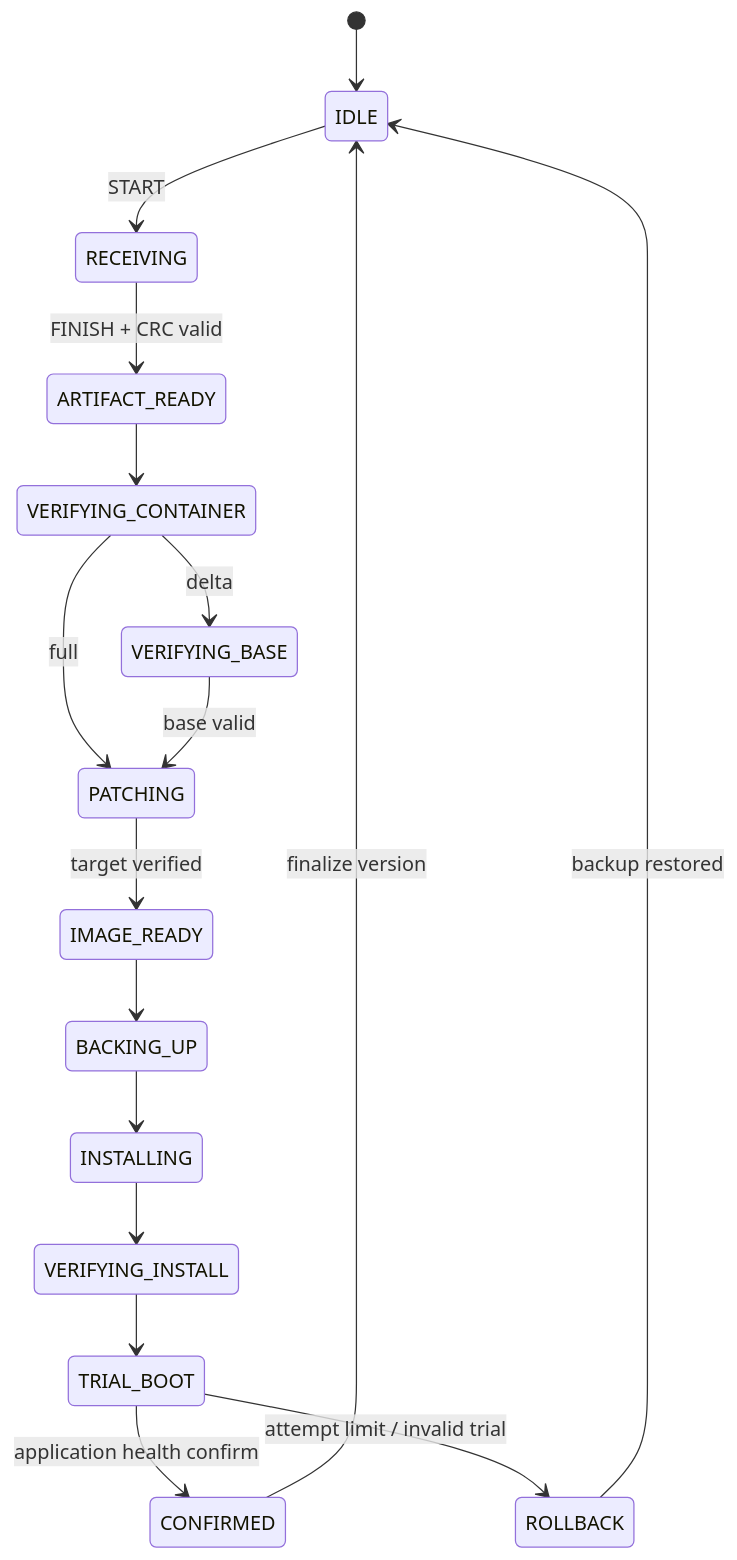
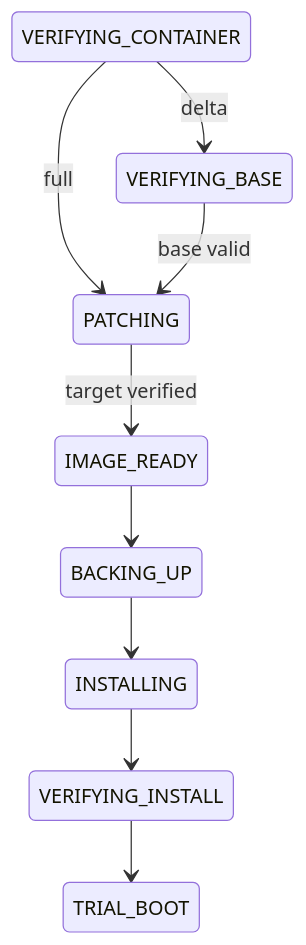
One commit to haikevins/secure-delta-ota-bootloader changed the second of 3 diagrams in docs/boot-state-machine.md. Above: the diagram before and after it, drawn with Mermaid. The commit also changed other lines of this file and 8 other files, not shown here.

````diff
--- a/docs/boot-state-machine.md
+++ b/docs/boot-state-machine.md
@@ -101,19 +116,12 @@
 ```mermaid
 stateDiagram-v2
-    [*] --> IDLE
-    IDLE --> RECEIVING: START
-    RECEIVING --> ARTIFACT_READY: FINISH + CRC valid
-    ARTIFACT_READY --> VERIFYING_CONTAINER
+    direction TB
     VERIFYING_CONTAINER --> VERIFYING_BASE: delta
     VERIFYING_CONTAINER --> PATCHING: full
     VERIFYING_BASE --> PATCHING: base valid
     PATCHING --> IMAGE_READY: target verified
     IMAGE_READY --> BACKING_UP
     BACKING_UP --> INSTALLING
     INSTALLING --> VERIFYING_INSTALL
     VERIFYING_INSTALL --> TRIAL_BOOT
-    TRIAL_BOOT --> CONFIRMED: application health confirm
-    TRIAL_BOOT --> ROLLBACK: attempt limit / invalid trial
-    CONFIRMED --> IDLE: finalize version
-    ROLLBACK --> IDLE: backup restored
 ```
````
